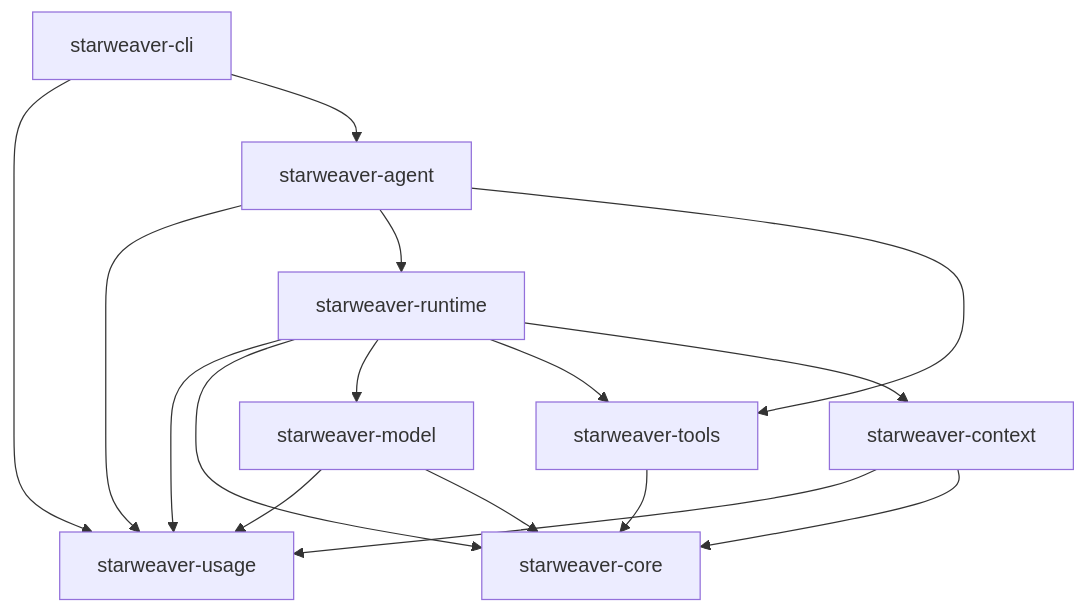
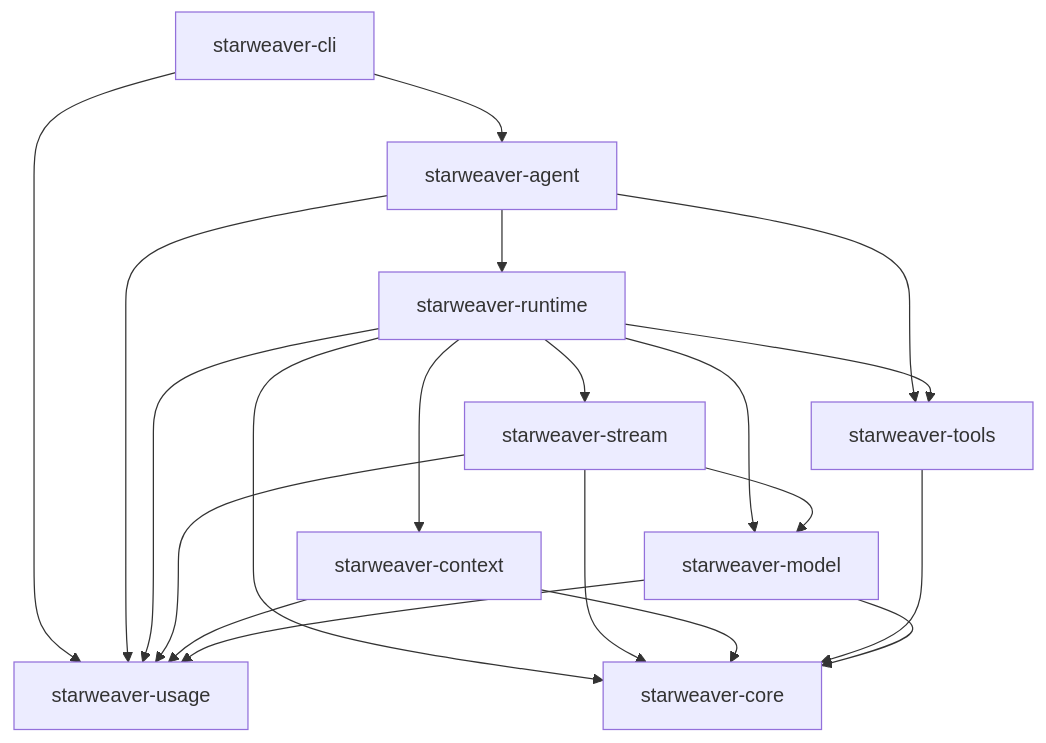
The diagram in spec/core/08-boundaries-and-usage.md (Wh1isper/starweaver), drawn with Mermaid before and after one commit. The commit also changed other lines of this file and 326 other files, not shown here.

First line of the commit message:
refactor(architecture): consolidate durable execution boundaries (#67)

````diff
--- a/spec/core/08-boundaries-and-usage.md
+++ b/spec/core/08-boundaries-and-usage.md
@@ -7,29 +7,34 @@
 ```mermaid
 flowchart TD
     usage[starweaver-usage]
     core[starweaver-core]
     model[starweaver-model]
     tools[starweaver-tools]
     context[starweaver-context]
+    stream[starweaver-stream]
     runtime[starweaver-runtime]
     agent[starweaver-agent]
     cli[starweaver-cli]
 
     model --> usage
     context --> usage
+    stream --> usage
     runtime --> usage
     agent --> usage
     cli --> usage
 
     model --> core
     tools --> core
     context --> core
+    stream --> core
     runtime --> core
 
+    stream --> model
     runtime --> model
     runtime --> tools
     runtime --> context
+    runtime --> stream
     agent --> runtime
     agent --> tools
     cli --> agent
 ```
````
